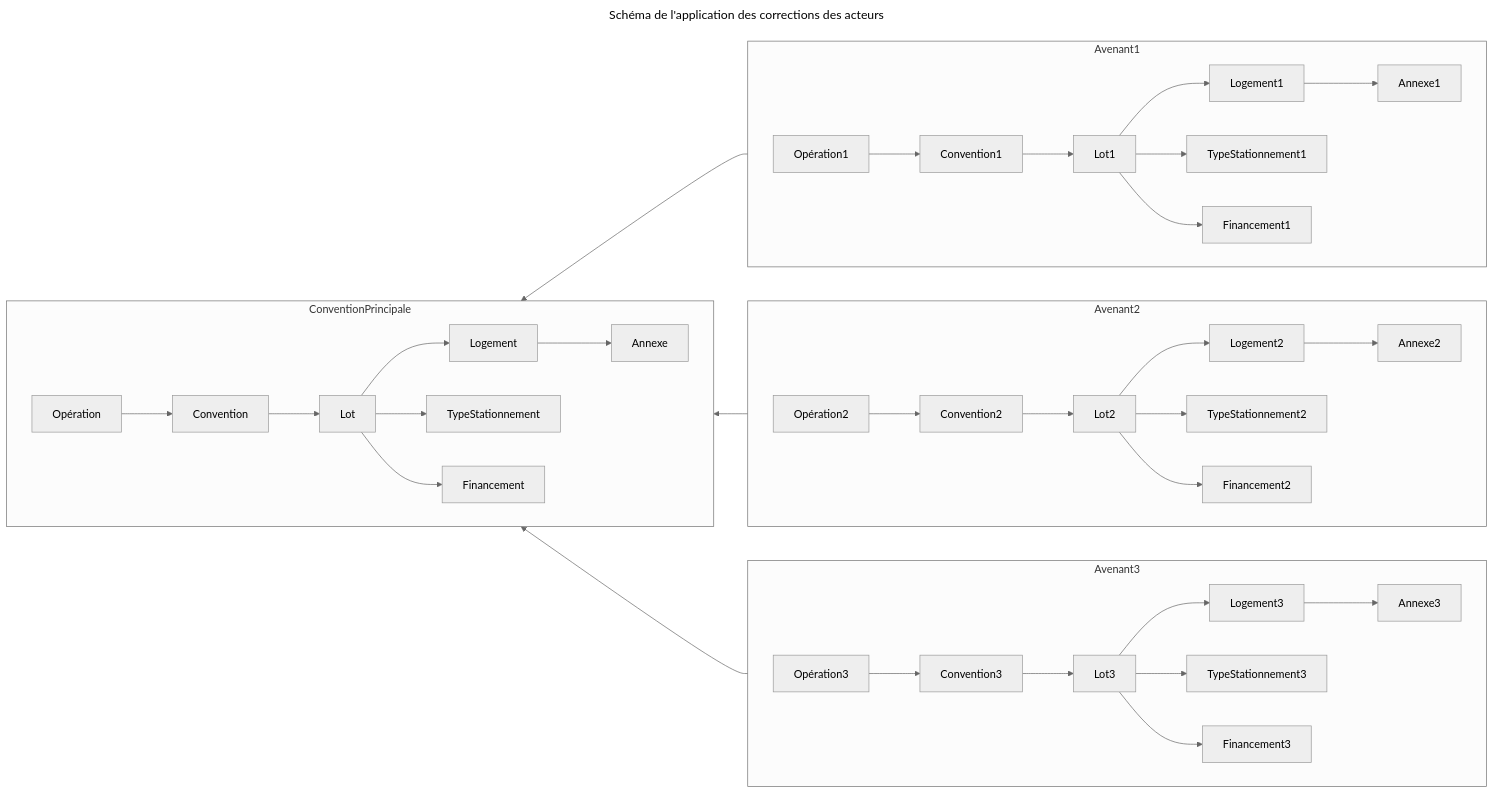
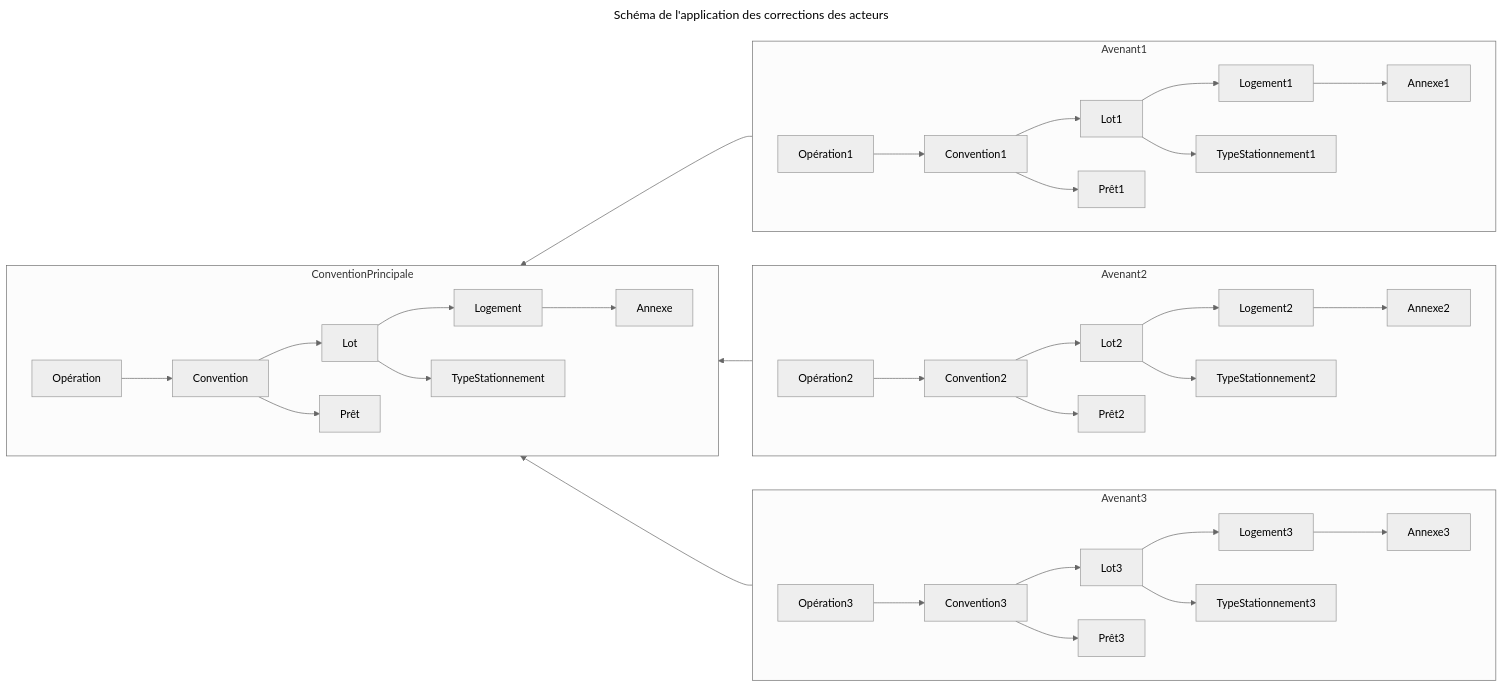
The third of 3 diagrams in README.md (MTES-MCT/apilos), drawn with Mermaid (neutral theme) before and after one commit. The commit also changed other lines of this file and 1 other file, not shown here.

Commit message:
fix Financement -> Prêt and attach it to Convention

````diff
--- a/README.md
+++ b/README.md
@@ -148,34 +148,34 @@
 ```mermaid
 ---
 title: Schéma de l'application des corrections des acteurs
 ---
 
 flowchart RL
     subgraph Avenant3
         direction LR
         Opération3 --> Convention3 --> Lot3 --> Logement3 --> Annexe3
         Lot3 --> TypeStationnement3
-        Lot3 --> Financement3
+        Convention3 --> Prêt3
     end
     subgraph Avenant2
         direction LR
         Opération2 --> Convention2 --> Lot2 --> Logement2 --> Annexe2
         Lot2 --> TypeStationnement2
-        Lot2 --> Financement2
+        Convention2 --> Prêt2
     end
     subgraph Avenant1
         direction LR
         Opération1 --> Convention1 --> Lot1 --> Logement1 --> Annexe1
         Lot1 --> TypeStationnement1
-        Lot1 --> Financement1
+        Convention1 --> Prêt1
     end
     subgraph ConventionPrincipale
         direction LR
         Opération --> Convention --> Lot --> Logement --> Annexe
         Lot --> TypeStationnement
-        Lot --> Financement
+        Convention --> Prêt
     end
     Avenant1 --> ConventionPrincipale
     Avenant2 --> ConventionPrincipale
     Avenant3 --> ConventionPrincipale
 ```
````
